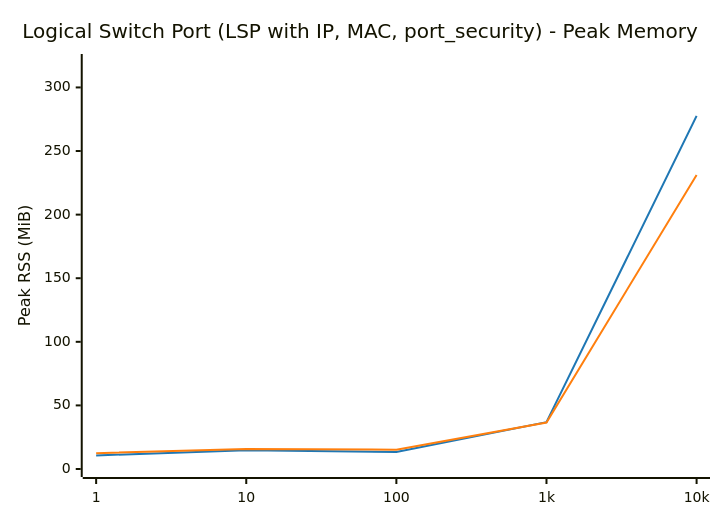
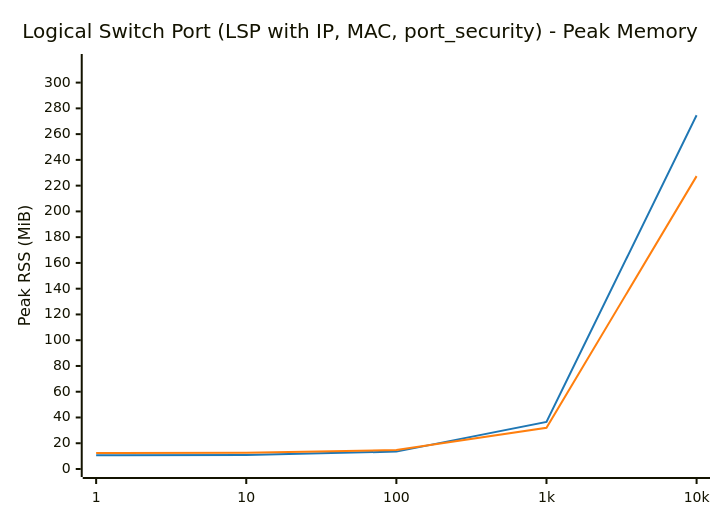
One commit to LionelJouin/ovs-ovn-bench changed the second of 16 diagrams in results/BENCHMARK_REPORT.md. Above: the diagram before and after it, drawn with Mermaid. The commit also changed other lines of this file and 1 other file, not shown here.

````diff
--- a/results/BENCHMARK_REPORT.md
+++ b/results/BENCHMARK_REPORT.md
@@ -99,14 +99,14 @@
 ```mermaid
 ---
 config:
     themeVariables:
         xyChart:
             plotColorPalette: "#1f77b4, #ff7f0e"
 ---
 xychart-beta
     title "Logical Switch Port (LSP with IP, MAC, port_security) - Peak Memory"
     x-axis ["1", "10", "100", "1k", "10k"]
-    y-axis "Peak RSS (MiB)" 0 --> 320
-    line "glibc malloc" [10.7, 14.7, 13.4, 36.8, 277.6]
-    line "jemalloc" [12.4, 15.8, 15.2, 36.5, 231.2]
+    y-axis "Peak RSS (MiB)" 0 --> 316
+    line "glibc malloc" [10.7, 10.9, 13.5, 36.6, 274.7]
+    line "jemalloc" [12.4, 12.7, 14.7, 32.0, 227.4]
 ```
````
